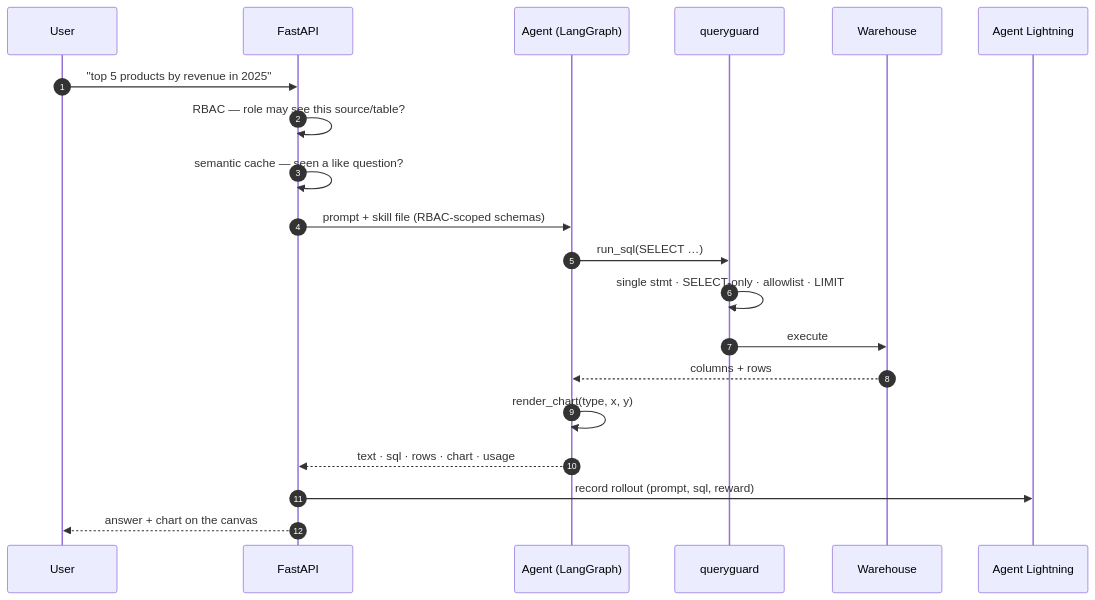
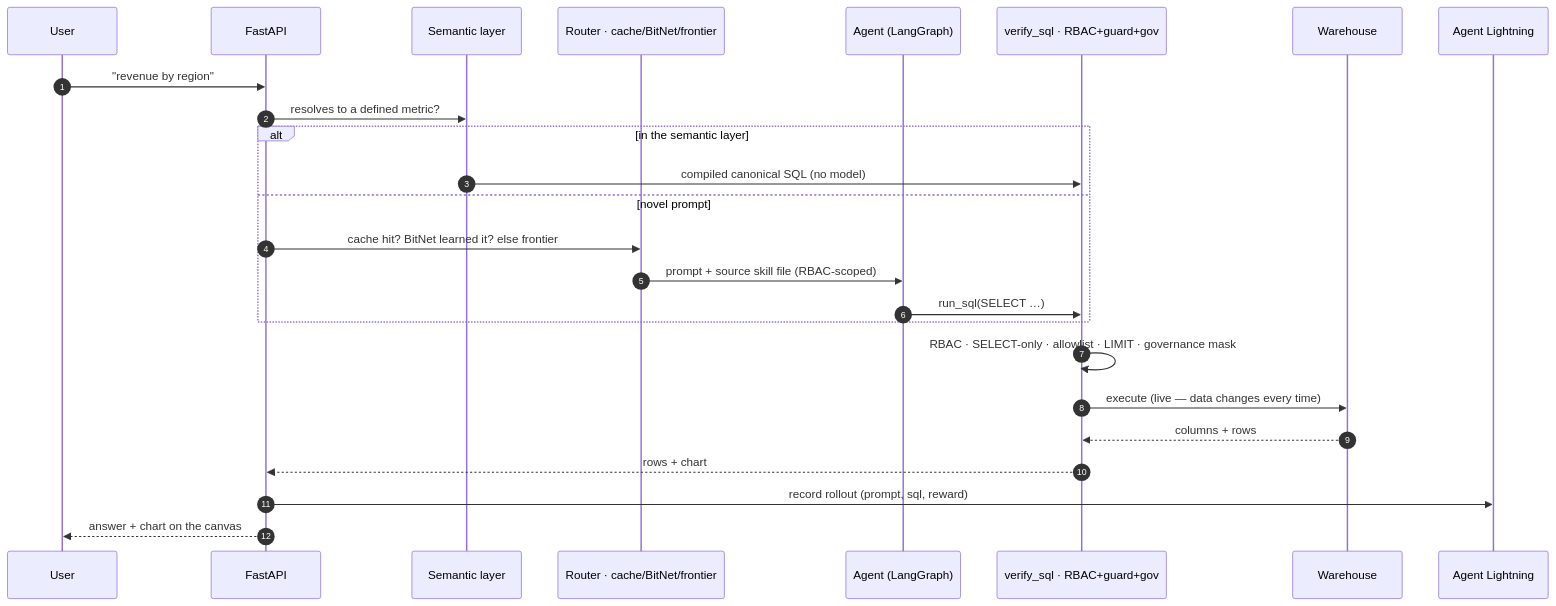
Before and after one commit to rohitkarumanchi745/studio: the second of 11 diagrams in README.md, drawn with Mermaid. The commit also changed other lines of this file, not shown here.

First line of the commit message:
README: refresh architecture diagrams for the current system

````diff
--- a/README.md
+++ b/README.md
@@ -97,23 +105,28 @@
 ```mermaid
 sequenceDiagram
     autonumber
     participant U as User
     participant API as FastAPI
+    participant S as Semantic layer
+    participant R as Router · cache/BitNet/frontier
     participant A as Agent (LangGraph)
-    participant G as queryguard
+    participant G as verify_sql · RBAC+guard+gov
     participant W as Warehouse
     participant L as Agent Lightning
 
-    U->>API: "top 5 products by revenue in 2025"
-    API->>API: RBAC — role may see this source/table?
-    API->>API: semantic cache — seen a like question?
-    API->>A: prompt + skill file (RBAC-scoped schemas)
-    A->>G: run_sql(SELECT …)
-    G->>G: single stmt · SELECT-only · allowlist · LIMIT
-    G->>W: execute
-    W-->>A: columns + rows
-    A->>A: render_chart(type, x, y)
-    A-->>API: text · sql · rows · chart · usage
+    U->>API: "revenue by region"
+    API->>S: resolves to a defined metric?
+    alt in the semantic layer
+        S->>G: compiled canonical SQL (no model)
+    else novel prompt
+        API->>R: cache hit? BitNet learned it? else frontier
+        R->>A: prompt + source skill file (RBAC-scoped)
+        A->>G: run_sql(SELECT …)
+    end
+    G->>G: RBAC · SELECT-only · allowlist · LIMIT · governance mask
+    G->>W: execute (live — data changes every time)
+    W-->>G: columns + rows
+    G-->>API: rows + chart
     API->>L: record rollout (prompt, sql, reward)
     API-->>U: answer + chart on the canvas
 ```
````
